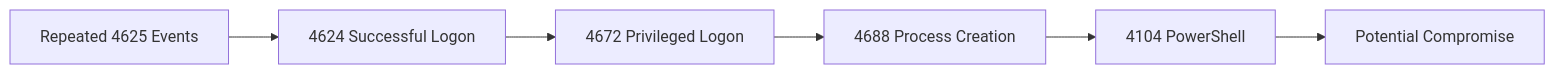
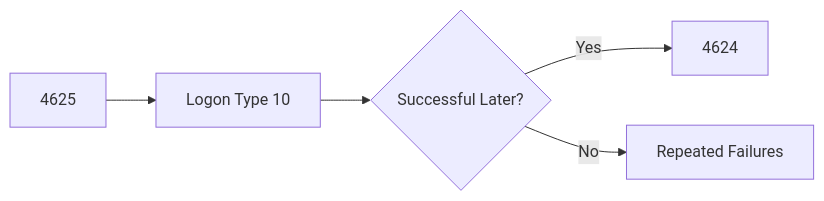
One commit to sadbattery/Windows-Event-IDs-Cheatsheet changed the seventh of 8 diagrams in docs/authentication/4625-failed-logon.md. Above: the diagram before and after it, drawn with Mermaid. The commit also changed other lines of this file, not shown here.

````diff
--- a/docs/authentication/4625-failed-logon.md
+++ b/docs/authentication/4625-failed-logon.md
@@ -376,12 +402,9 @@
 ```mermaid
 flowchart LR
+    A[4625]
+    --> B[Logon Type 10]
+    --> C{Successful Later?}
 
-A[Repeated 4625 Events]
-B[4624 Successful Logon]
-C[4672 Privileged Logon]
-D[4688 Process Creation]
-E[4104 PowerShell]
-F[Potential Compromise]
-
-A --> B --> C --> D --> E --> F
+    C -->|Yes| D[4624]
+    C -->|No| E[Repeated Failures]
 ```
````
